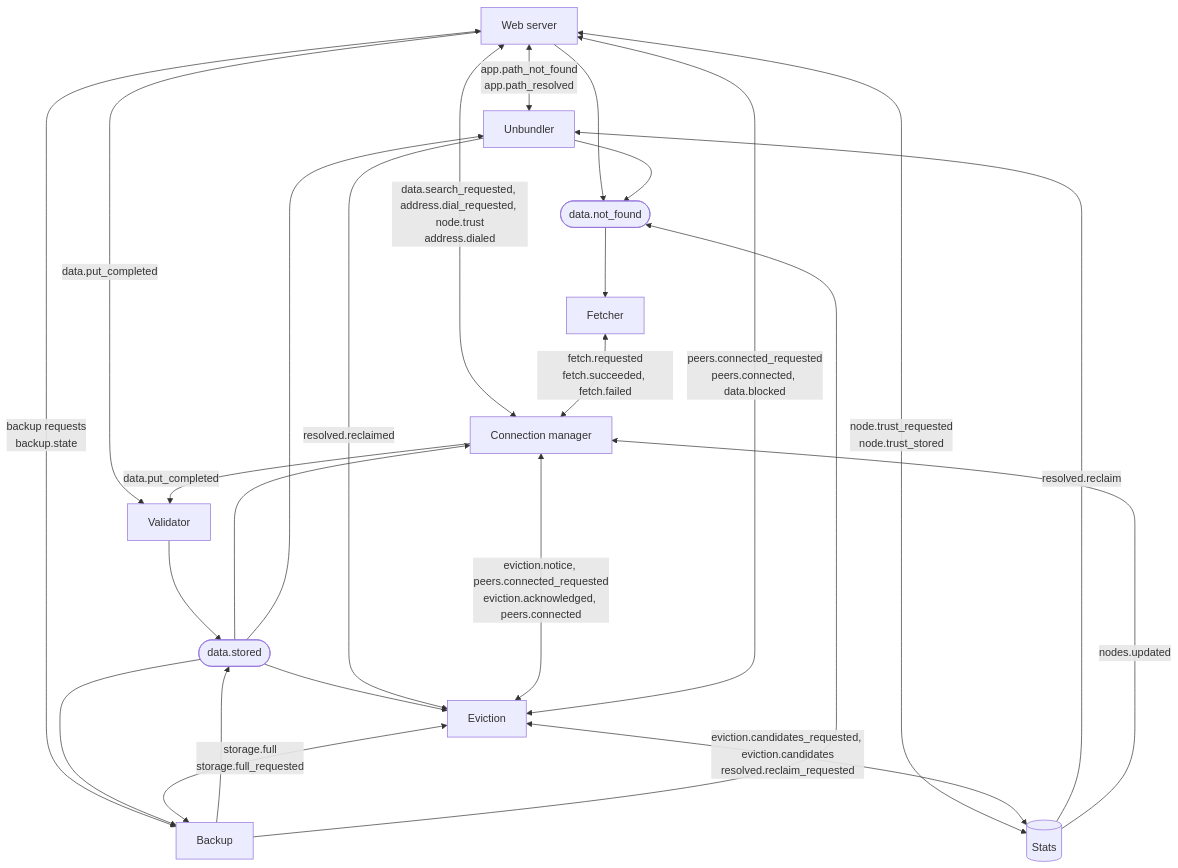
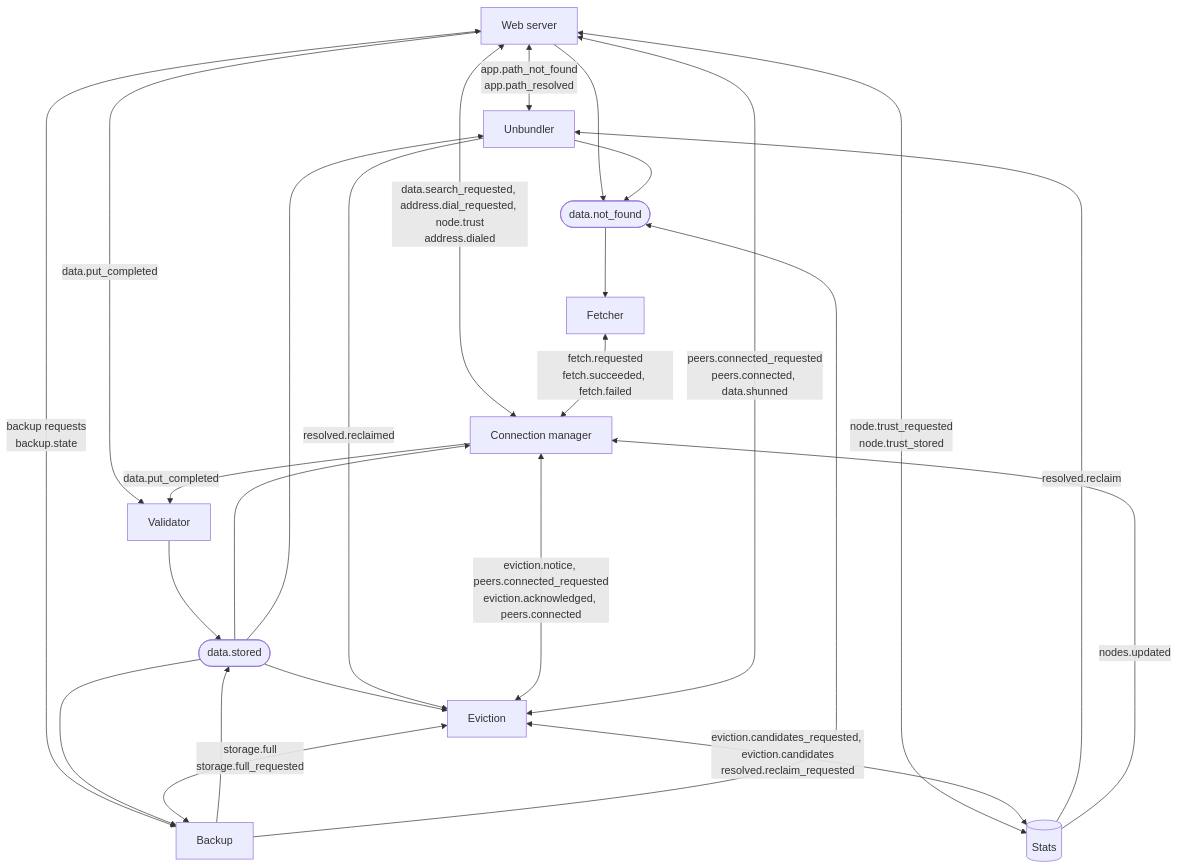
Before and after one commit to marcpage/libranet: the eighth of 13 diagrams in docs/implementation/Module System.md, drawn with Mermaid. The commit also changed other lines of this file and 73 other files, not shown here.

First line of the commit message:
Use "shun" for refusing content in code, schema, and files (#432)

````diff
--- a/docs/implementation/Module System.md
+++ b/docs/implementation/Module System.md
@@ -1012,38 +1012,38 @@
 ```mermaid
 flowchart TB
     web["Web server"]
     unb["Unbundler"]
     backup["Backup"]
     val["Validator"]
     fetch["Fetcher"]
     conn["Connection manager"]
     evict["Eviction"]
     stats[("Stats")]
     stored(["data.stored"])
     missing(["data.not_found"])
 
     web <-->|"app.path_not_found<br/>app.path_resolved"| unb
     web <-->|"backup requests<br/>backup.state"| backup
     web -->|"data.put_completed"| val
     web <-->|"data.search_requested, address.dial_requested, node.trust<br/>address.dialed"| conn
     web <-->|"node.trust_requested<br/>node.trust_stored"| stats
     conn -->|"data.put_completed"| val
     val --> stored
     backup --> stored
     stored --> conn
     stored --> evict
     stored --> backup
     stored --> unb
     web --> missing
     unb --> missing
     backup --> missing
     missing --> fetch
     fetch <-->|"fetch.requested<br/>fetch.succeeded, fetch.failed"| conn
     evict <-->|"eviction.notice, peers.connected_requested<br/>eviction.acknowledged, peers.connected"| conn
-    evict <-->|"peers.connected_requested<br/>peers.connected, data.blocked"| web
+    evict <-->|"peers.connected_requested<br/>peers.connected, data.shunned"| web
     evict <-->|"storage.full<br/>storage.full_requested"| backup
     evict <-->|"eviction.candidates_requested, eviction.candidates<br/>resolved.reclaim_requested"| stats
     stats -->|"resolved.reclaim"| unb
     unb -->|"resolved.reclaimed"| evict
     stats -->|"nodes.updated"| conn
 ```
````
